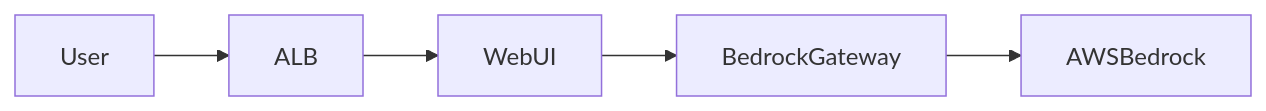
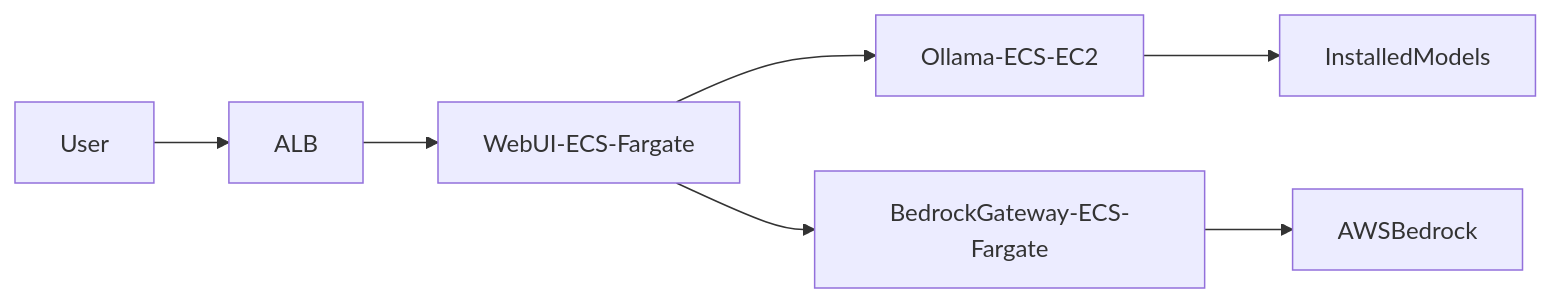
One commit to evereven-tech/horizons-omnichat changed the third of 3 diagrams in docs/architecture/components.md. Above: the diagram before and after it, drawn with Mermaid. The commit also changed other lines of this file and 3 other files, not shown here.

````diff
--- a/docs/architecture/components.md
+++ b/docs/architecture/components.md
@@ -69,7 +73,9 @@
 ```mermaid
 graph LR
     User --> ALB
-    ALB --> WebUI
-    WebUI --> BedrockGateway
-    BedrockGateway --> AWSBedrock
+    ALB --> WebUI-ECS-Fargate
+    WebUI-ECS-Fargate --> Ollama-ECS-EC2
+    WebUI-ECS-Fargate --> BedrockGateway-ECS-Fargate
+    BedrockGateway-ECS-Fargate --> AWSBedrock
+    Ollama-ECS-EC2 --> InstalledModels
 ```
````
